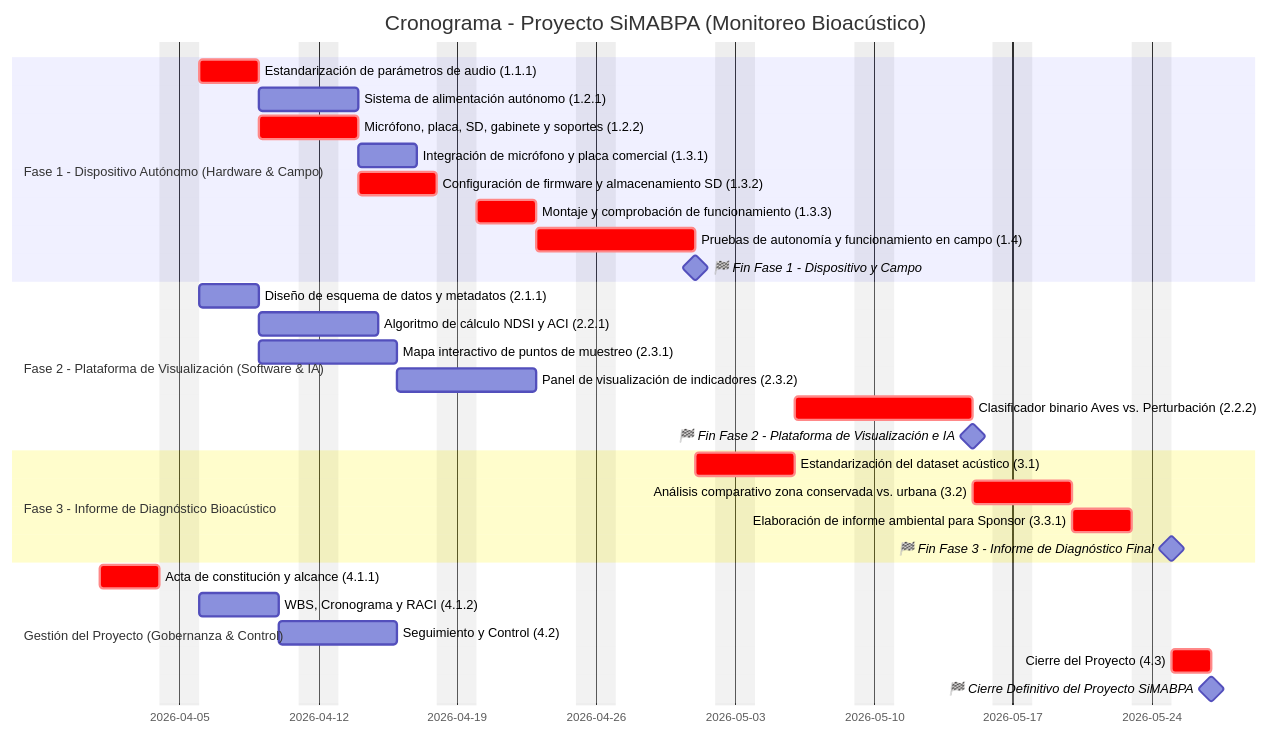
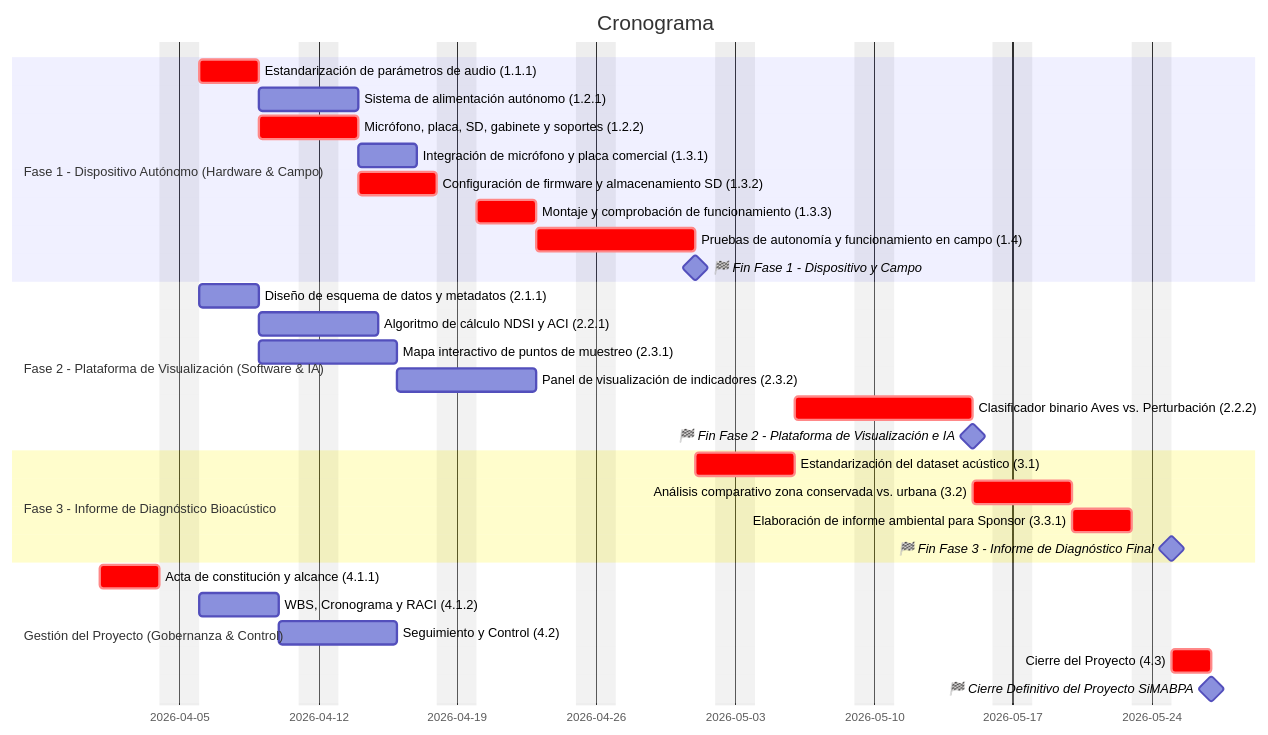
One commit to fatimalunazzz/GestionProyecto changed the diagram in cronograma.md. Above: the diagram before and after it, drawn with Mermaid.

````diff
--- a/cronograma.md
+++ b/cronograma.md
@@ -5,37 +5,37 @@
 ```mermaid
 gantt
-    title Cronograma - Proyecto SiMABPA (Monitoreo Bioacústico)
+    title Cronograma 
     dateFormat  YYYY-MM-DD
     excludes    weekends
 
     section Fase 1 - Dispositivo Autónomo (Hardware & Campo)
     Estandarización de parámetros de audio (1.1.1)     :crit, t111, after t411, 3d
     Sistema de alimentación autónomo (1.2.1)           :t121, after t111, 3d
     Micrófono, placa, SD, gabinete y soportes (1.2.2)  :crit, t122, after t111, 3d
     Integración de micrófono y placa comercial (1.3.1) :t131, after t121 t122, 3d
     Configuración de firmware y almacenamiento SD (1.3.2) :crit, t132, after t122, 4d
     Montaje y comprobación de funcionamiento (1.3.3)   :crit, t133, after t131 t132, 3d
     Pruebas de autonomía y funcionamiento en campo (1.4):crit, t14, after t133, 6d
     🏁 Fin Fase 1 - Dispositivo y Campo                :milestone, m1, after t14, 0d
 
     section Fase 2 - Plataforma de Visualización (Software & IA)
     Diseño de esquema de datos y metadatos (2.1.1)     :t211, after t411, 3d
     Algoritmo de cálculo NDSI y ACI (2.2.1)            :t221, after t111, 4d
     Mapa interactivo de puntos de muestreo (2.3.1)     :t231, after t211, 5d
     Panel de visualización de indicadores (2.3.2)      :t232, after t211 t221 t231, 5d
     Clasificador binario Aves vs. Perturbación (2.2.2) :crit, t222, after t31, 7d
     🏁 Fin Fase 2 - Plataforma de Visualización e IA   :milestone, m2, after t222 t232, 0d
 
     section Fase 3 - Informe de Diagnóstico Bioacústico
     Estandarización del dataset acústico (3.1)         :crit, t31, after t14, 3d
     Análisis comparativo zona conservada vs. urbana (3.2):crit, t32, after t31 t222, 3d
     Elaboración de informe ambiental para Sponsor (3.3.1):crit, t331, after t32, 3d
     🏁 Fin Fase 3 - Informe de Diagnóstico Final       :milestone, m3, after t331, 0d
 
     section Gestión del Proyecto (Gobernanza & Control)
     Acta de constitución y alcance (4.1.1)             :crit, t411, 2026-04-01, 3d
     WBS, Cronograma y RACI (4.1.2)                     :t412, after t411, 4d
     Seguimiento y Control (4.2)                        :t42, after t412, 4d
     Cierre del Proyecto (4.3)                          :crit, t43, after m1 m2 m3 t42, 2d
     🏁 Cierre Definitivo del Proyecto SiMABPA          :milestone, m4, after t43, 0d
 ```
````
